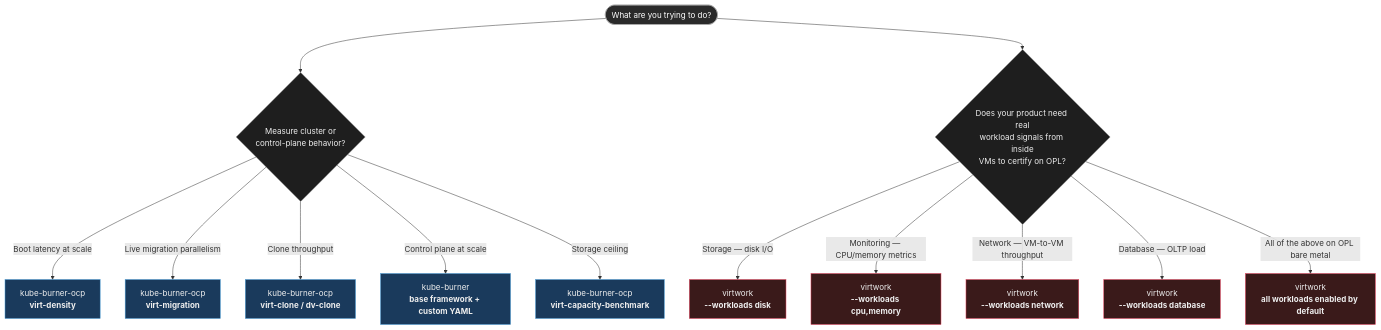
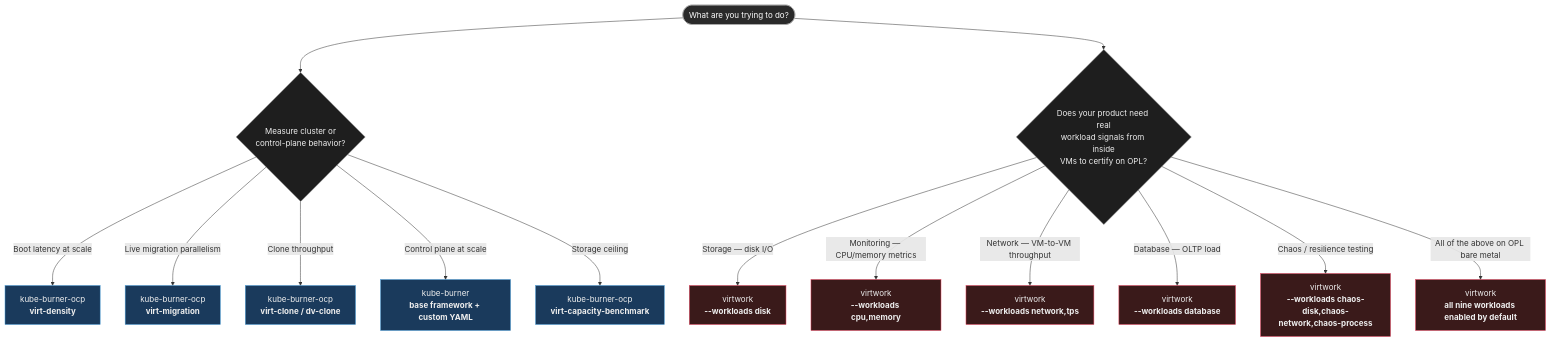
The second of 3 diagrams in docs/virtwork-vs-kube-burner.md (opdev/virtwork), drawn with Mermaid before and after one commit. The commit also changed other lines of this file, not shown here.

Commit message:
docs: add chaos and tps workloads to decision guide and partner validation
Add chaos/resilience testing path and tps to the decision flowchart.
Update partner product validation table to show how chaos workloads
exercise alerting and recovery handling for storage, monitoring,
and network products. Add netperf/curl to the network row for tps.

````diff
--- a/docs/virtwork-vs-kube-burner.md
+++ b/docs/virtwork-vs-kube-burner.md
@@ -163,33 +163,35 @@
 ```mermaid
 flowchart TD
     Start(["What are you trying to do?"])
 
     Start --> Q1{"Measure cluster or<br/>control-plane behavior?"}
     Start --> Q2{"Does your product need real<br/>workload signals from inside<br/>VMs to certify on OPL?"}
 
     Q1 -->|Boot latency at scale| A1["kube-burner-ocp<br/><b>virt-density</b>"]
     Q1 -->|Live migration parallelism| A2["kube-burner-ocp<br/><b>virt-migration</b>"]
     Q1 -->|Clone throughput| A3["kube-burner-ocp<br/><b>virt-clone / dv-clone</b>"]
     Q1 -->|Control plane at scale| A4["kube-burner<br/><b>base framework + custom YAML</b>"]
     Q1 -->|Storage ceiling| A5["kube-burner-ocp<br/><b>virt-capacity-benchmark</b>"]
 
     Q2 -->|Storage — disk I/O| B1["virtwork<br/><b>--workloads disk</b>"]
     Q2 -->|Monitoring — CPU/memory metrics| B2["virtwork<br/><b>--workloads cpu,memory</b>"]
-    Q2 -->|Network — VM-to-VM throughput| B3["virtwork<br/><b>--workloads network</b>"]
+    Q2 -->|Network — VM-to-VM throughput| B3["virtwork<br/><b>--workloads network,tps</b>"]
     Q2 -->|Database — OLTP load| B4["virtwork<br/><b>--workloads database</b>"]
-    Q2 -->|All of the above on OPL bare metal| B5["virtwork<br/><b>all workloads enabled by default</b>"]
+    Q2 -->|Chaos / resilience testing| B5["virtwork<br/><b>--workloads chaos-disk,chaos-network,chaos-process</b>"]
+    Q2 -->|All of the above on OPL bare metal| B6["virtwork<br/><b>all nine workloads enabled by default</b>"]
 
     style A1 fill:#1a3a5c,stroke:#4a9eda,color:#eee
     style A2 fill:#1a3a5c,stroke:#4a9eda,color:#eee
     style A3 fill:#1a3a5c,stroke:#4a9eda,color:#eee
     style A4 fill:#1a3a5c,stroke:#4a9eda,color:#eee
     style A5 fill:#1a3a5c,stroke:#4a9eda,color:#eee
     style B1 fill:#3a1a1a,stroke:#e94560,color:#eee
     style B2 fill:#3a1a1a,stroke:#e94560,color:#eee
     style B3 fill:#3a1a1a,stroke:#e94560,color:#eee
     style B4 fill:#3a1a1a,stroke:#e94560,color:#eee
     style B5 fill:#3a1a1a,stroke:#e94560,color:#eee
+    style B6 fill:#3a1a1a,stroke:#e94560,color:#eee
     style Start fill:#2a2a2a,stroke:#aaa,color:#fff
     style Q1 fill:#1e1e1e,stroke:#888,color:#eee
     style Q2 fill:#1e1e1e,stroke:#888,color:#eee
 ```
````
